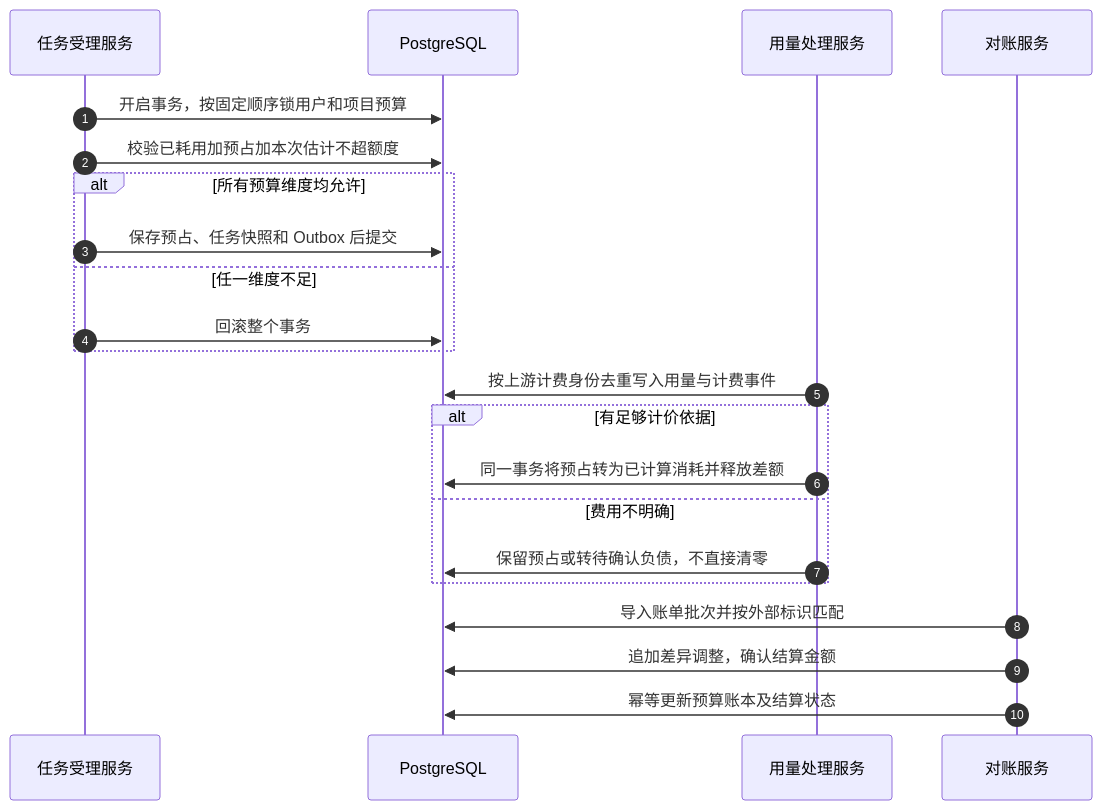
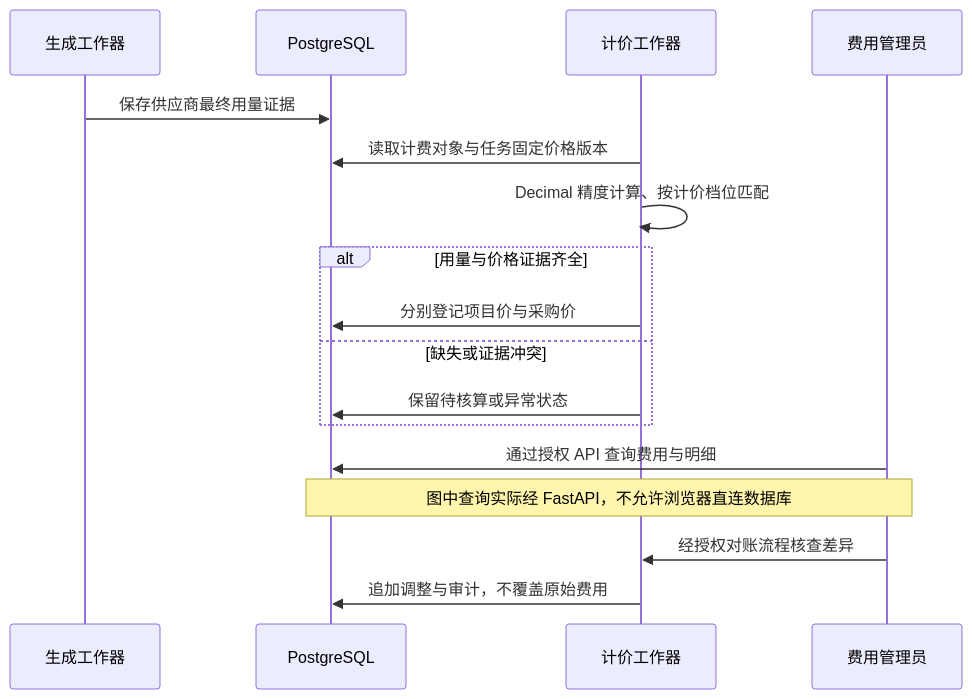
Before and after one commit to pleasureswx123/higgsfield: the eighth of 8 diagrams in docs/技术架构方案.md, drawn with Mermaid. The commit also changed other lines of this file and 72 other files, not shown here.

````diff
--- a/docs/技术架构方案.md
+++ b/docs/技术架构方案.md
@@ -1036,24 +279,19 @@
 ```mermaid
 sequenceDiagram
-    autonumber
-    participant API as 任务受理服务
-    participant DB as PostgreSQL
-    participant W as 用量处理服务
-    participant FIN as 对账服务
-    API->>DB: 开启事务，按固定顺序锁用户和项目预算
-    API->>DB: 校验已耗用加预占加本次估计不超额度
-    alt 所有预算维度均允许
-        API->>DB: 保存预占、任务快照和 Outbox 后提交
-    else 任一维度不足
-        API->>DB: 回滚整个事务
-    end
-    W->>DB: 按上游计费身份去重写入用量与计费事件
-    alt 有足够计价依据
-        W->>DB: 同一事务将预占转为已计算消耗并释放差额
-    else 费用不明确
-        W->>DB: 保留预占或转待确认负债，不直接清零
-    end
-    FIN->>DB: 导入账单批次并按外部标识匹配
-    FIN->>DB: 追加差异调整，确认结算金额
-    FIN->>DB: 幂等更新预算账本及结算状态
+  participant W as 生成工作器
+  participant DB as PostgreSQL
+  participant B as 计价工作器
+  participant F as 费用管理员
+  W->>DB: 保存供应商最终用量证据
+  B->>DB: 读取计费对象与任务固定价格版本
+  B->>B: Decimal 精度计算、按计价档位匹配
+  alt 用量与价格证据齐全
+    B->>DB: 分别登记项目价与采购价
+  else 缺失或证据冲突
+    B->>DB: 保留待核算或异常状态
+  end
+  F->>DB: 通过授权 API 查询费用与明细
+  Note over F,DB: 图中查询实际经 FastAPI，不允许浏览器直连数据库
+  F->>B: 经授权对账流程核查差异
+  B->>DB: 追加调整与审计，不覆盖原始费用
 ```
````
